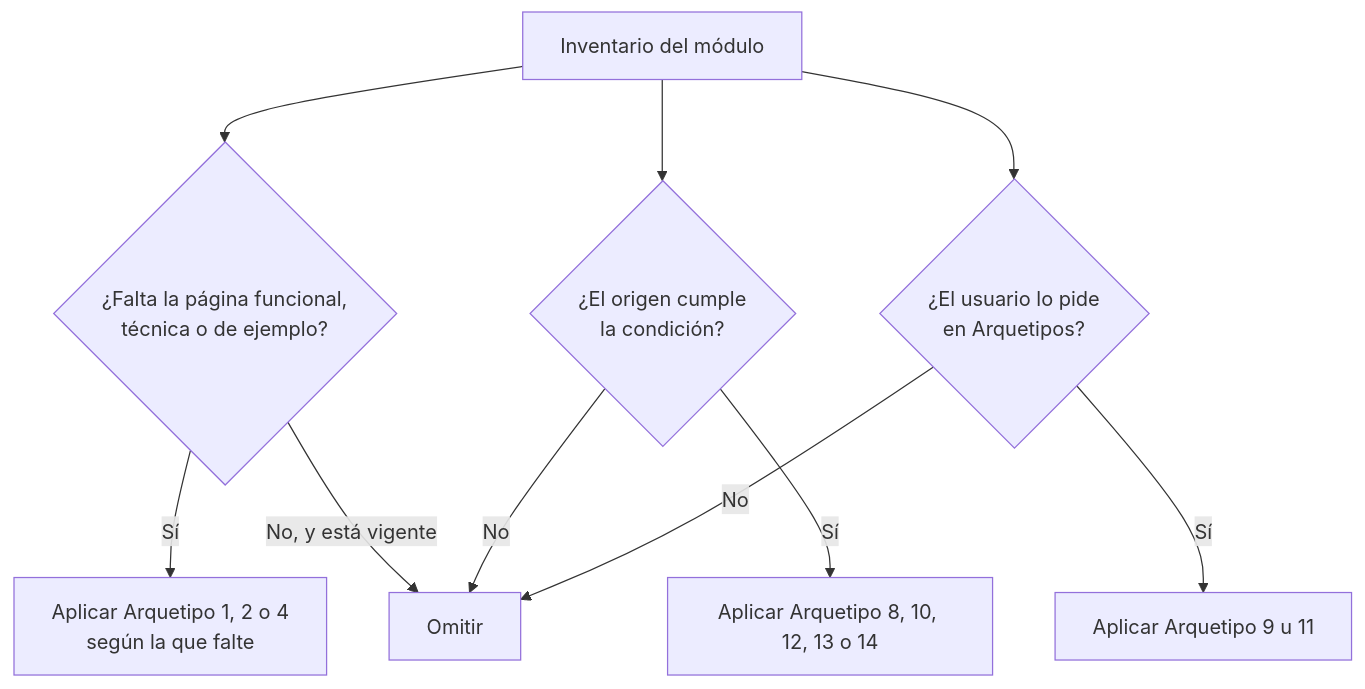
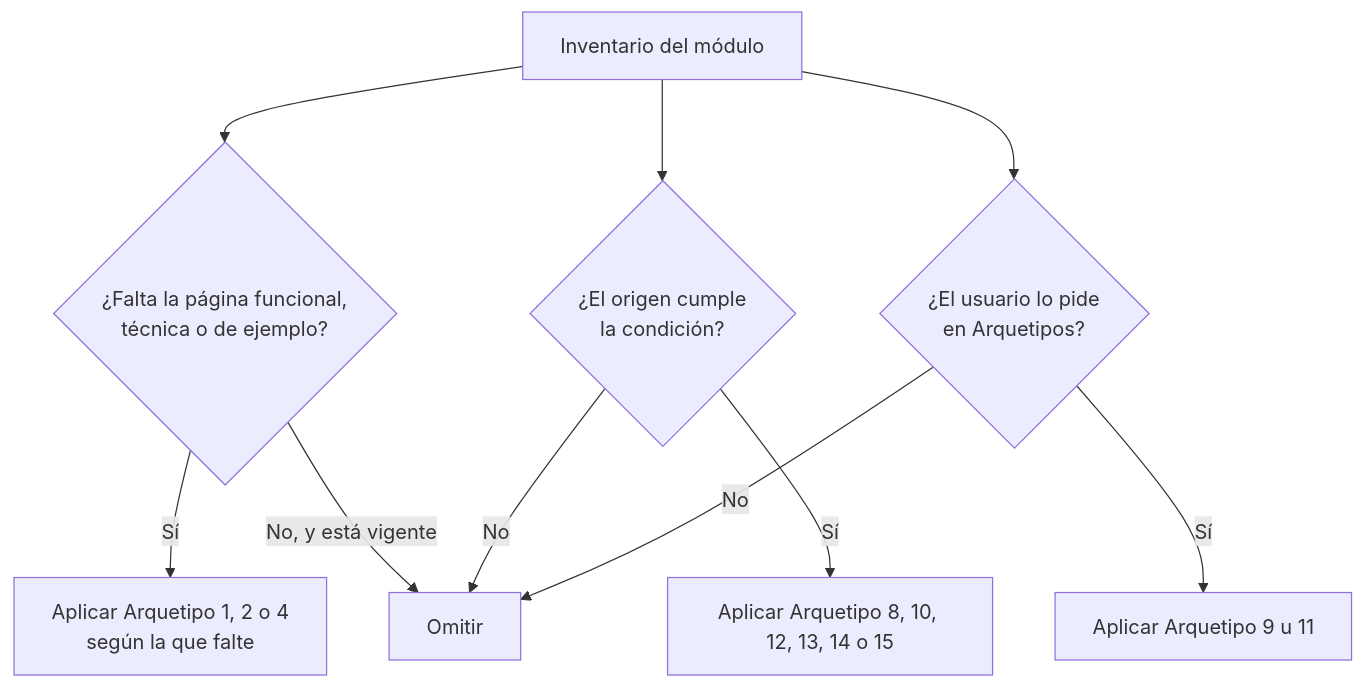
The diagram in docs/functional/archetypes.md (fmanza/doc_ia), drawn with Mermaid before and after one commit. The commit also changed other lines of this file and 42 other files, not shown here.

First line of the commit message:
feat: origen WEB desplegada y arquetipo 15 de manual de funcionamiento

````diff
--- a/docs/functional/archetypes.md
+++ b/docs/functional/archetypes.md
@@ -55,14 +60,14 @@
 ```mermaid
 flowchart TD
     accTitle: Qué arquetipos se aplican a un módulo
-    accDescr: Durante el inventario se aplican los Arquetipos 1, 2 y 4 si falta su página, los condicionales 8, 10, 12, 13 y 14 si el origen cumple su condición y los opt-in 9 y 11 si el usuario los pide; en otro caso se omiten.
+    accDescr: Durante el inventario se aplican los Arquetipos 1, 2 y 4 si falta su página, los condicionales 8, 10, 12, 13, 14 y 15 si el origen cumple su condición y los opt-in 9 y 11 si el usuario los pide; en otro caso se omiten.
     INV[Inventario del módulo] --> BASE{¿Falta la página funcional,<br/>técnica o de ejemplo?}
     BASE -- Sí --> A124[Aplicar Arquetipo 1, 2 o 4<br/>según la que falte]
     BASE -- No, y está vigente --> OMIT[Omitir]
     INV --> COND{¿El origen cumple<br/>la condición?}
-    COND -- Sí --> A81012[Aplicar Arquetipo 8, 10, 12, 13 o 14]
+    COND -- Sí --> A81012[Aplicar Arquetipo 8, 10, 12, 13, 14 o 15]
     COND -- No --> OMIT
     INV --> OPT{¿El usuario lo pide<br/>en Arquetipos?}
     OPT -- Sí --> A911[Aplicar Arquetipo 9 u 11]
     OPT -- No --> OMIT
 ```
````
